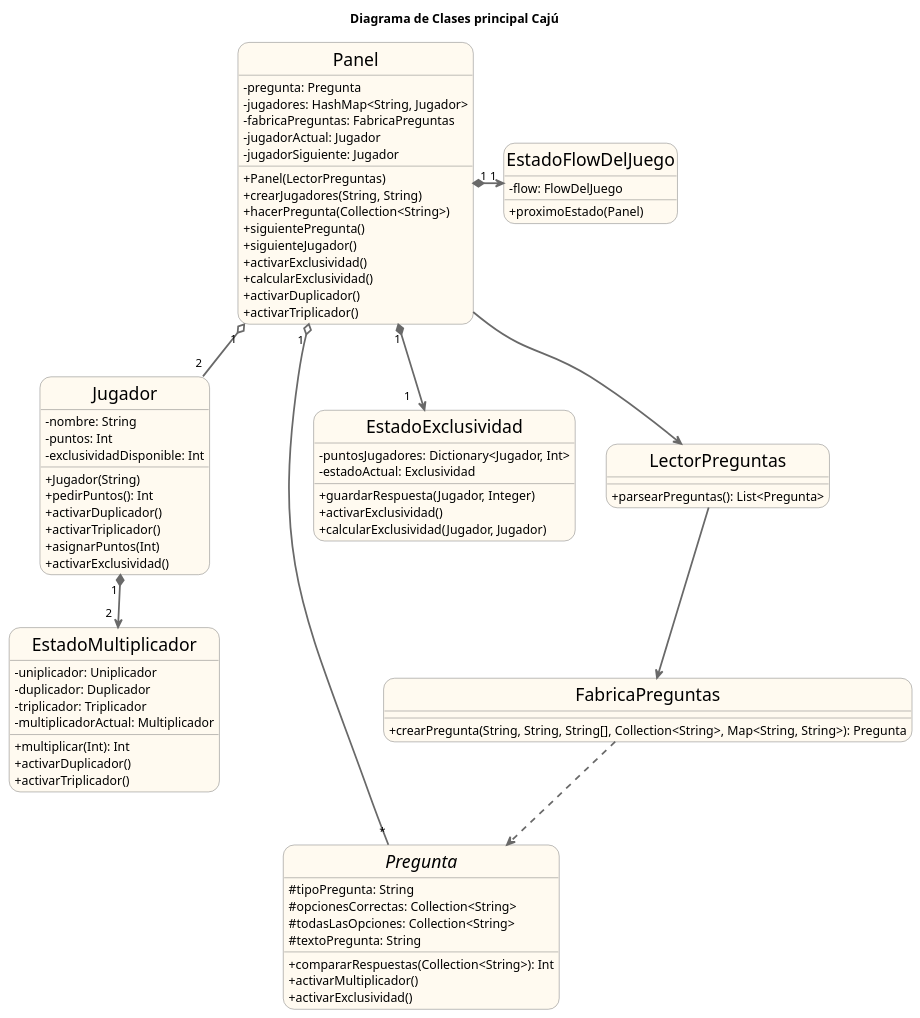
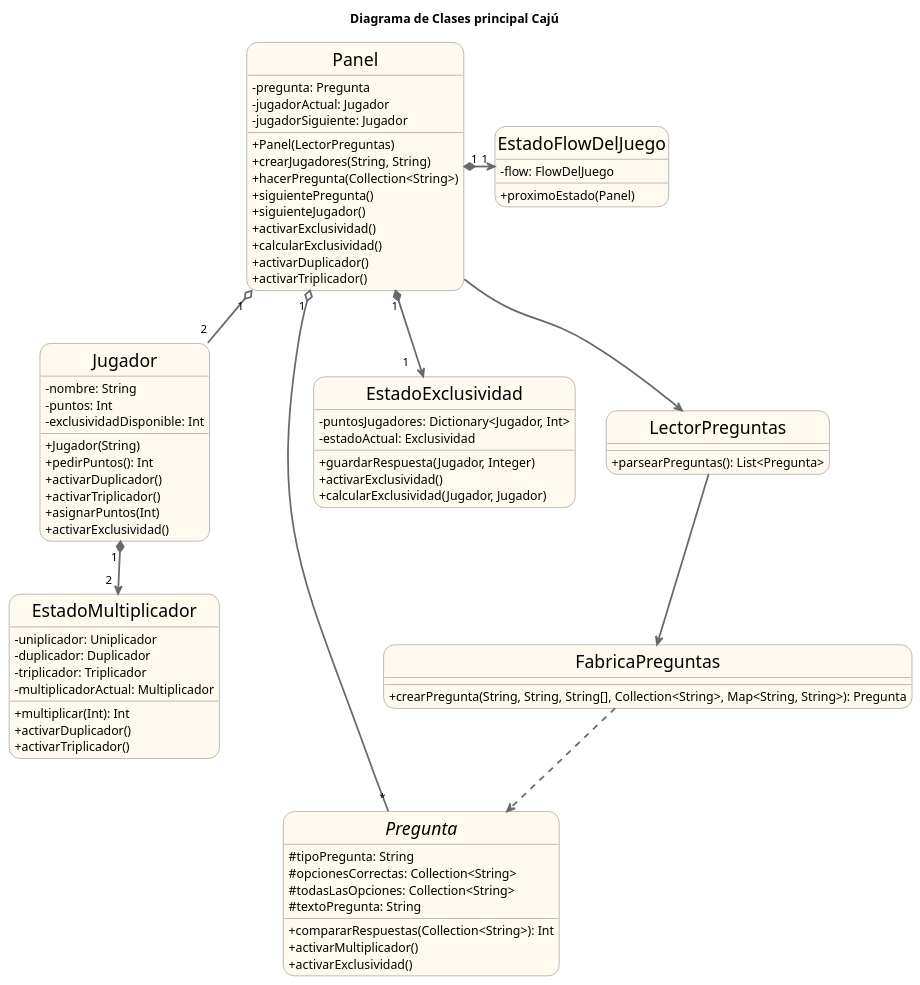
Before and after one commit to fvazquezf/TP_2_Algo_3: the diagram in UML/Diagrama de clases/diagramaDeClasesPrincipal.puml, drawn with PlantUML. The commit also changed 2 other files, not shown here.

Commit message:
Se agrega diagrama de clase de la clase Preguntas y Grupo que se usan en la lectura del JSON y se arregla un detalle del diagrama general

```diff
--- a/UML/Diagrama de clases/diagramaDeClasesPrincipal.puml
+++ b/UML/Diagrama de clases/diagramaDeClasesPrincipal.puml
@@ -1,98 +1,96 @@
 @startuml TP2
 
 title Diagrama de Clases principal Cajú
 
 hide circle
 skinparam classAttributeIconSize 0
 skinparam roundcorner 25
 skinparam sequenceArrowThickness 2
 skinparam classFontSize 20
 
 skinparam class {
 BackgroundColor FloralWhite
 ArrowColor DimGray
 BorderColor DimGray
 }
 
 class Panel{
        - pregunta: Pregunta
-       - jugadores: HashMap<String, Jugador>
-       - fabricaPreguntas: FabricaPreguntas
        - jugadorActual: Jugador
        - jugadorSiguiente: Jugador
        + Panel(LectorPreguntas)
        + crearJugadores(String, String)
        + hacerPregunta(Collection<String>)
        + siguientePregunta()
        + siguienteJugador()
        + activarExclusividad()
        + calcularExclusividad()
        + activarDuplicador()
        + activarTriplicador()
 }
 
 class Jugador{
         - nombre: String
         - puntos: Int
         - exclusividadDisponible: Int
         + Jugador(String)
         + pedirPuntos(): Int
         + activarDuplicador()
         + activarTriplicador()
         + asignarPuntos(Int)
         + activarExclusividad()
 }
 
 abstract class Pregunta{
         # tipoPregunta: String
         # opcionesCorrectas: Collection<String>
         # todasLasOpciones: Collection<String>
         # textoPregunta: String
         + compararRespuestas(Collection<String>): Int
         + activarMultiplicador()
         + activarExclusividad()
 }
 
 class FabricaPreguntas{
        + crearPregunta(String, String, String[], Collection<String>, Map<String, String>): Pregunta
 }
 
 class EstadoMultiplicador{
         - uniplicador: Uniplicador
         - duplicador: Duplicador
         - triplicador: Triplicador
         - multiplicadorActual: Multiplicador
         + multiplicar(Int): Int
         + activarDuplicador()
         + activarTriplicador()
 }
 
 class EstadoExclusividad{
         - puntosJugadores: Dictionary<Jugador, Int>
         - estadoActual: Exclusividad
         + guardarRespuesta(Jugador, Integer)
         + activarExclusividad()
         + calcularExclusividad(Jugador, Jugador)
 }
 
 
 class EstadoFlowDelJuego{
         - flow: FlowDelJuego
         + proximoEstado(Panel)
 }
 
 class LectorPreguntas{
         + parsearPreguntas(): List<Pregunta>
 }
 
 
 Panel --> LectorPreguntas
 Panel "1 " o-- "2  " Jugador
 Panel "1 " o--- "*" Pregunta
 LectorPreguntas --> FabricaPreguntas
 FabricaPreguntas ..> Pregunta
 Jugador "1 " *--> "2  " EstadoMultiplicador
 Panel " 1" *--> "1    " EstadoExclusividad
 Panel "1 " *--right-> "1" EstadoFlowDelJuego
 
 @enduml
```
